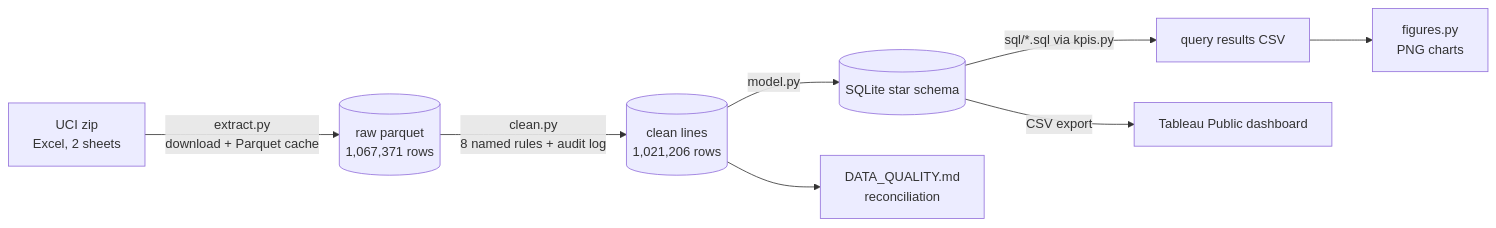
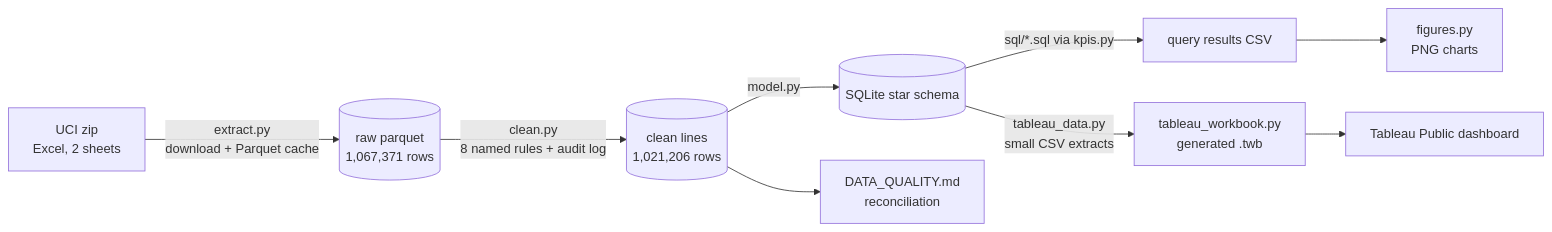
The diagram in README.md (Hakkrax/retail-bi-analytics), drawn with Mermaid before and after one commit. The commit also changed other lines of this file and 14 other files, not shown here.

First line of the commit message:
Generate the Tableau Public workbook from code

````diff
--- a/README.md
+++ b/README.md
@@ -57,10 +57,11 @@
 ```mermaid
 flowchart LR
     A[UCI zip<br/>Excel, 2 sheets] -->|extract.py<br/>download + Parquet cache| B[(raw parquet<br/>1,067,371 rows)]
     B -->|clean.py<br/>8 named rules + audit log| C[(clean lines<br/>1,021,206 rows)]
     C -->|model.py| D[(SQLite star schema)]
     D -->|sql/*.sql via kpis.py| E[query results CSV]
-    D -->|CSV export| F[Tableau Public dashboard]
+    D -->|tableau_data.py<br/>small CSV extracts| F[tableau_workbook.py<br/>generated .twb]
+    F --> I[Tableau Public dashboard]
     E --> G[figures.py<br/>PNG charts]
     C --> H[DATA_QUALITY.md<br/>reconciliation]
 ```
````
